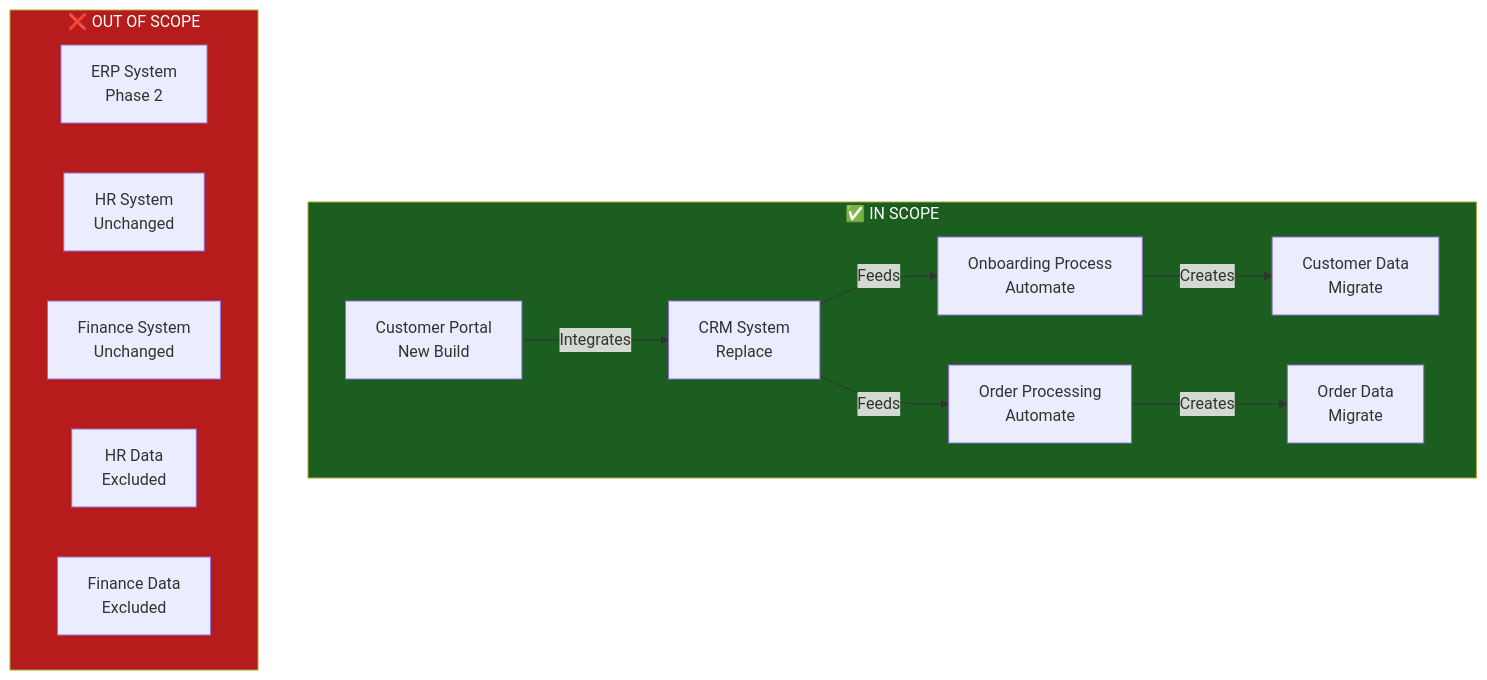
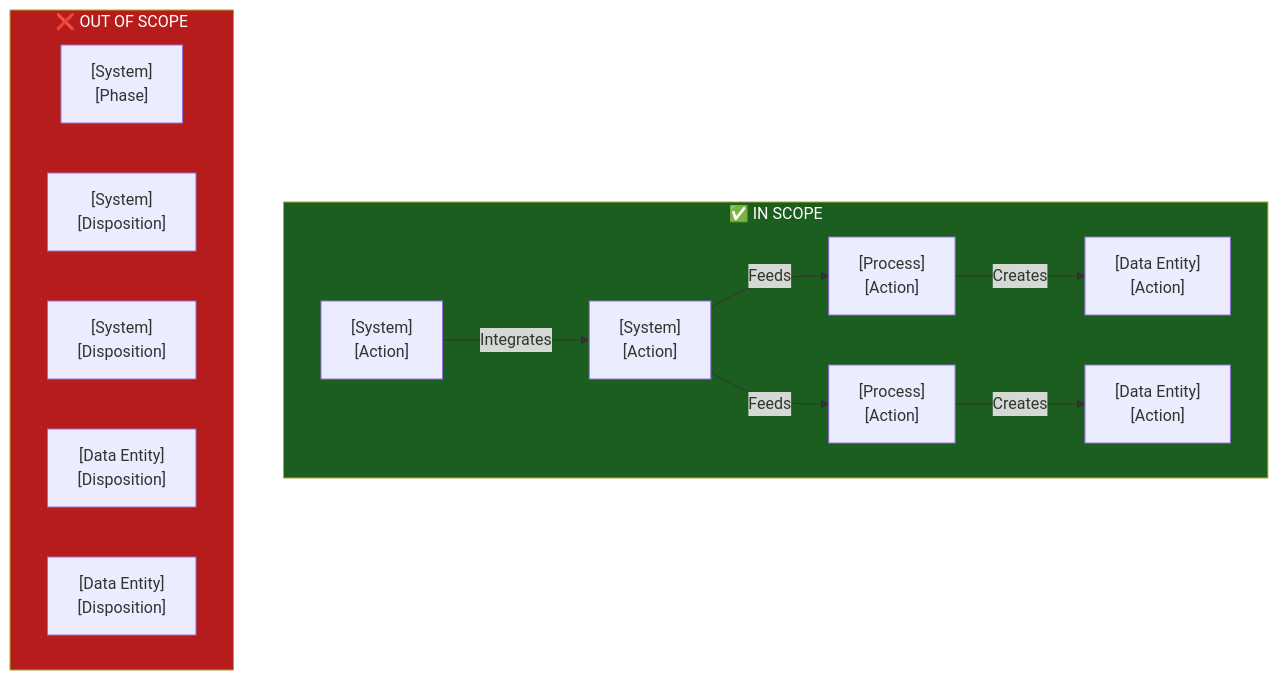
The first of 3 diagrams in document-template/01_Business_Analysis_and_strategy/Solution-Scope.md (oat431/swe-knowledge), drawn with Mermaid before and after one commit. The commit also changed other lines of this file and 50 other files, not shown here.

````diff
--- a/document-template/01_Business_Analysis_and_strategy/Solution-Scope.md
+++ b/document-template/01_Business_Analysis_and_strategy/Solution-Scope.md
@@ -101,28 +101,28 @@
 ```mermaid
 flowchart TB
     subgraph IN_SCOPE["✅ IN SCOPE"]
-        CRM[CRM System<br>Replace]
-        PORTAL[Customer Portal<br>New Build]
-        ONBOARD[Onboarding Process<br>Automate]
-        ORDER[Order Processing<br>Automate]
-        DATA_CUST[Customer Data<br>Migrate]
-        DATA_ORDER[Order Data<br>Migrate]
+        CRM["[System]<br>[Action]"]
+        PORTAL["[System]<br>[Action]"]
+        ONBOARD["[Process]<br>[Action]"]
+        ORDER["[Process]<br>[Action]"]
+        DATA_CUST["[Data Entity]<br>[Action]"]
+        DATA_ORDER["[Data Entity]<br>[Action]"]
     end
 
     subgraph OUT_SCOPE["❌ OUT OF SCOPE"]
-        ERP[ERP System<br>Phase 2]
-        HR[HR System<br>Unchanged]
-        FIN[Finance System<br>Unchanged]
-        DATA_HR[HR Data<br>Excluded]
-        DATA_FIN[Finance Data<br>Excluded]
+        ERP["[System]<br>[Phase]"]
+        HR["[System]<br>[Disposition]"]
+        FIN["[System]<br>[Disposition]"]
+        DATA_HR["[Data Entity]<br>[Disposition]"]
+        DATA_FIN["[Data Entity]<br>[Disposition]"]
     end
 
     PORTAL -->|Integrates| CRM
     CRM -->|Feeds| ONBOARD
     CRM -->|Feeds| ORDER
     ONBOARD -->|Creates| DATA_CUST
     ORDER -->|Creates| DATA_ORDER
 
     style IN_SCOPE fill:#1b5e20,color:#fff
     style OUT_SCOPE fill:#b71c1c,color:#fff
 ```
````
